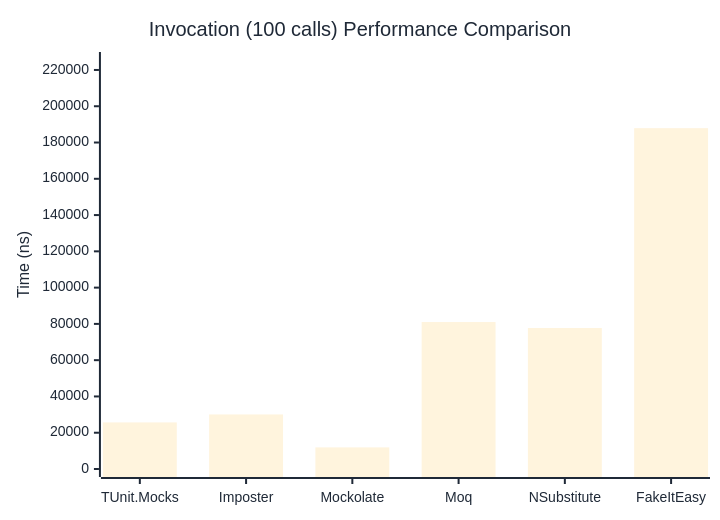
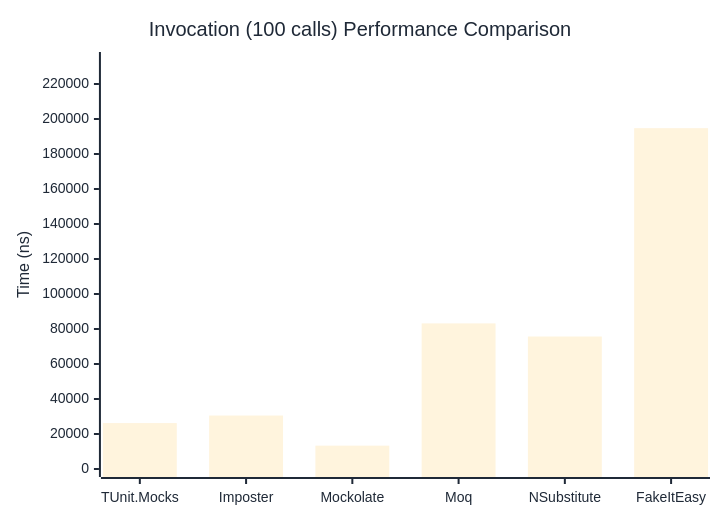
One commit to weiyilai/TUnit changed the third of 3 diagrams in docs/docs/benchmarks/mocks/Invocation.md. Above: the diagram before and after it, drawn with Mermaid. The commit also changed other lines of this file and 14 other files, not shown here.

````diff
--- a/docs/docs/benchmarks/mocks/Invocation.md
+++ b/docs/docs/benchmarks/mocks/Invocation.md
@@ -110,27 +110,27 @@
 ```mermaid
 %%{init: {
   'theme':'base',
   'themeVariables': {
     'primaryColor': '#2563eb',
     'primaryTextColor': '#1f2937',
     'primaryBorderColor': '#1e40af',
     'lineColor': '#6b7280',
     'secondaryColor': '#7c3aed',
     'tertiaryColor': '#dc2626',
     'background': '#ffffff',
     'pie1': '#2563eb',
     'pie2': '#7c3aed',
     'pie3': '#dc2626',
     'pie4': '#f59e0b',
     'pie5': '#10b981',
     'pie6': '#06b6d4',
     'pie7': '#ec4899',
     'pie8': '#6366f1'
   }
 }}%%
 xychart-beta
   title "Invocation (100 calls) Performance Comparison"
   x-axis ["TUnit.Mocks", "Imposter", "Mockolate", "Moq", "NSubstitute", "FakeItEasy"]
-  y-axis "Time (ns)" 0 --> 225493
-  bar [25687.86, 30081.21, 11914.68, 81013.71, 77721.39, 187910.29]
+  y-axis "Time (ns)" 0 --> 233730
+  bar [26237.5, 30549.7, 13344.3, 83209.8, 75716.9, 194774.8]
 ```
````
